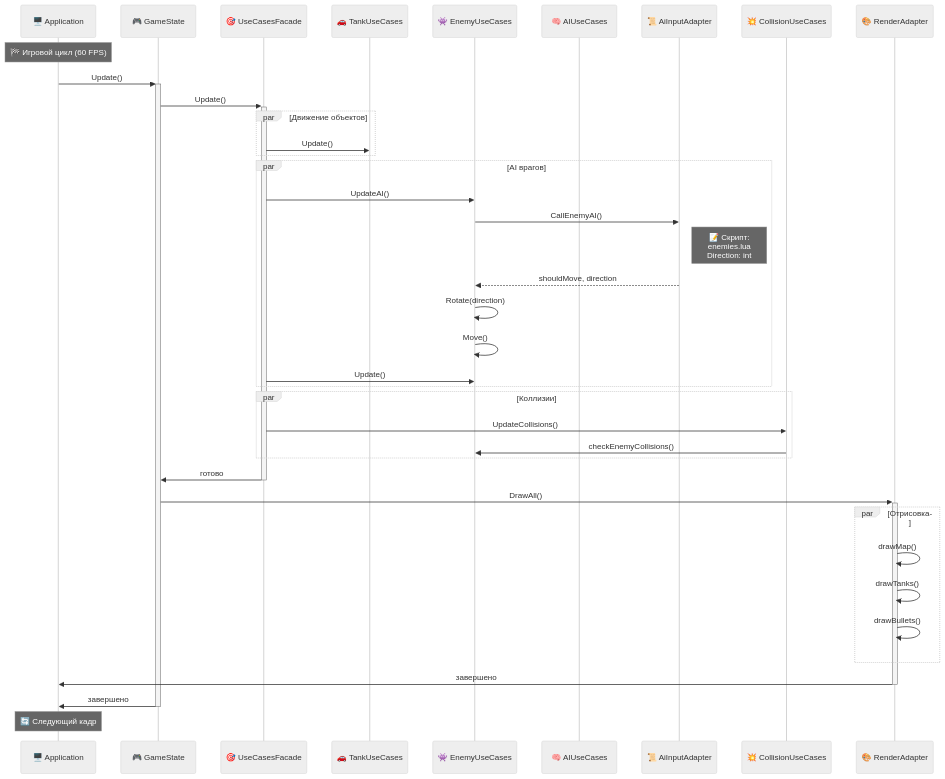
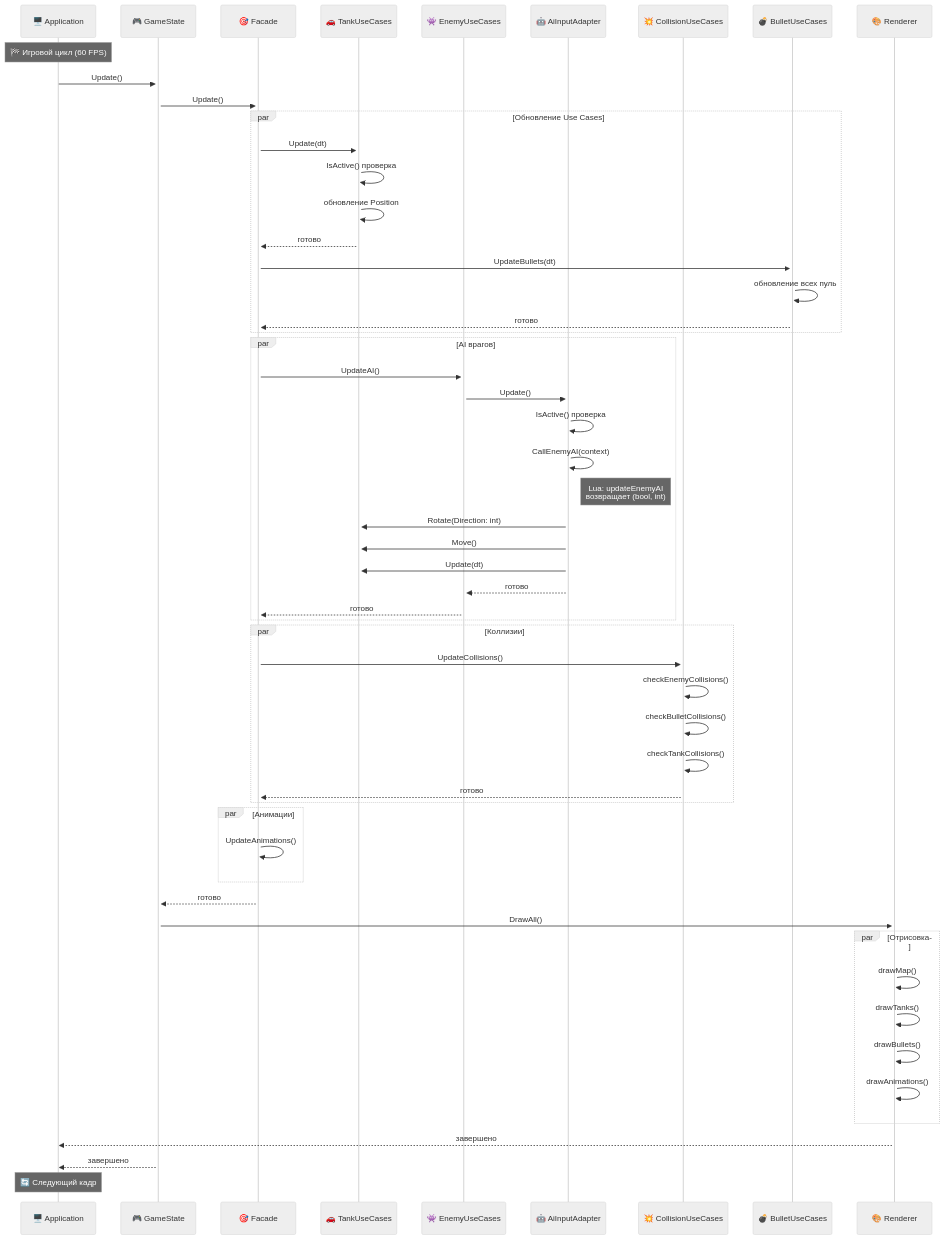
Before and after one commit to shpaker/tnk9x: the third of 3 diagrams in README.md, drawn with Mermaid (neutral theme). The commit also changed other lines of this file, not shown here.

````diff
--- a/README.md
+++ b/README.md
@@ -226,49 +252,68 @@
 ```mermaid
 sequenceDiagram
     participant App as 🖥️ Application
     participant State as 🎮 GameState
-    participant Facade as 🎯 UseCasesFacade
+    participant Facade as 🎯 Facade
     participant Tank as 🚗 TankUseCases
     participant Enemy as 👾 EnemyUseCases
-    participant AI as 🧠 AIUseCases
-    participant AiInput as 📜 AiInputAdapter
+    participant AI as 🤖 AiInputAdapter
     participant Collision as 💥 CollisionUseCases
-    participant Render as 🎨 RenderAdapter
+    participant Bullet as 💣 BulletUseCases
+    participant Render as 🎨 Renderer
     
     Note over App: 🏁 Игровой цикл (60 FPS)
     
     App->>+State: Update()
     State->>+Facade: Update()
     
-    par Движение объектов
-        Facade->>Tank: Update()
+    par Обновление Use Cases
+        Facade->>+Tank: Update(dt)
+        Tank->>Tank: IsActive() проверка
+        Tank->>Tank: обновление Position
+        Tank-->>Facade: готово
+        
+        Facade->>+Bullet: UpdateBullets(dt)
+        Bullet->>Bullet: обновление всех пуль
+        Bullet-->>Facade: готово
     end
     
     par AI врагов
-        Facade->>Enemy: UpdateAI()
-        Enemy->>AiInput: CallEnemyAI()
-        Note right of AiInput: 📝 Скрипт:<br/>enemies.lua<br/>Direction: int
-        AiInput-->>Enemy: shouldMove, direction
-        Enemy->>Enemy: Rotate(direction)
-        Enemy->>Enemy: Move()
-        Facade->>Enemy: Update()
+        Facade->>+Enemy: UpdateAI()
+        Enemy->>+AI: Update()
+        
+        AI->>AI: IsActive() проверка
+        AI->>AI: CallEnemyAI(context)
+        Note right of AI: Lua: updateEnemyAI<br/>возвращает (bool, int)
+        AI->>Tank: Rotate(Direction: int)
+        AI->>Tank: Move()
+        AI->>Tank: Update(dt)
+        AI-->>Enemy: готово
+        Enemy-->>Facade: готово
     end
     
     par Коллизии
-        Facade->>Collision: UpdateCollisions()
-        Collision->>Enemy: checkEnemyCollisions()
+        Facade->>+Collision: UpdateCollisions()
+        Collision->>Collision: checkEnemyCollisions()
+        Collision->>Collision: checkBulletCollisions()
+        Collision->>Collision: checkTankCollisions()
+        Collision-->>Facade: готово
     end
     
-    Facade->>-State: готово
+    par Анимации
+        Facade->>Facade: UpdateAnimations()
+    end
+    
+    Facade-->>State: готово
     State->>+Render: DrawAll()
     
     par Отрисовка
         Render->>Render: drawMap()
         Render->>Render: drawTanks()
         Render->>Render: drawBullets()
+        Render->>Render: drawAnimations()
     end
     
-    Render->>-App: завершено
-    State->>-App: завершено
+    Render-->>App: завершено
+    State-->>App: завершено
     Note over App: 🔄 Следующий кадр
 ```
````
